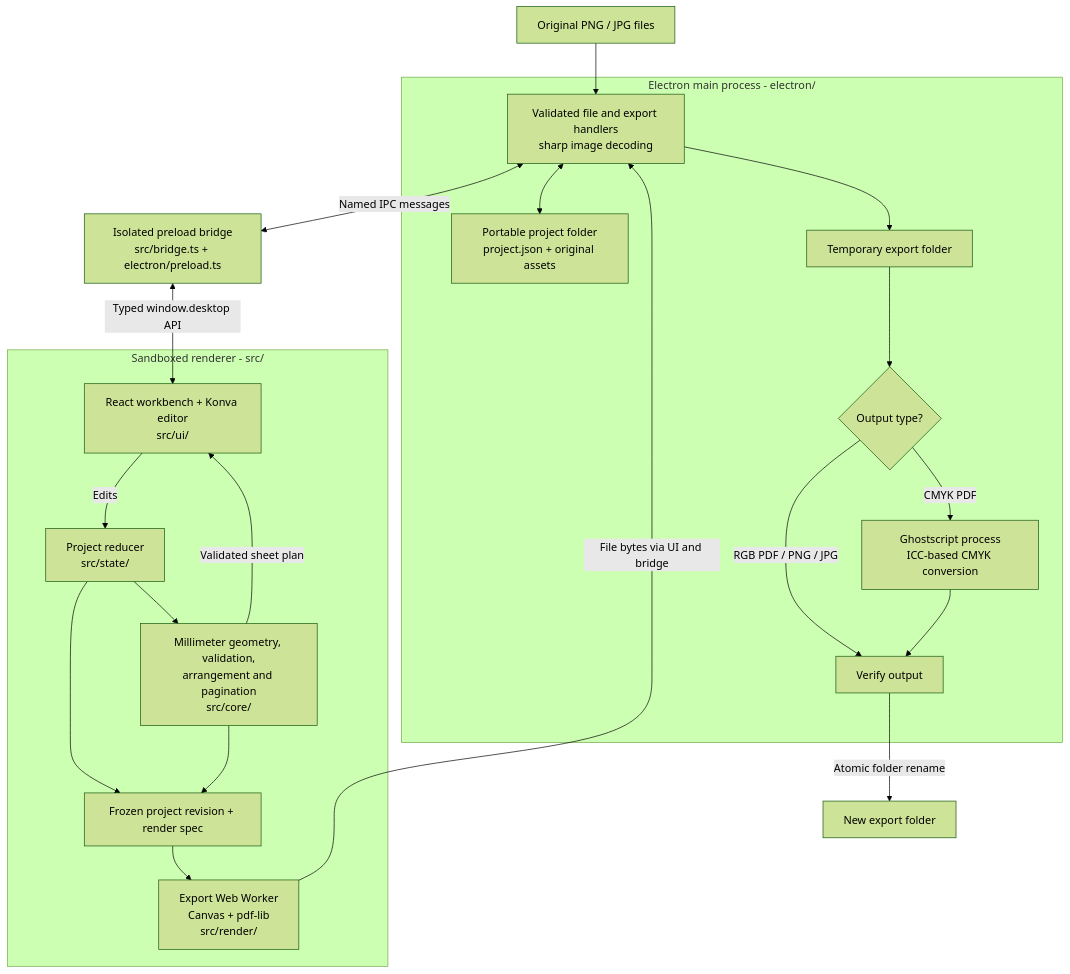
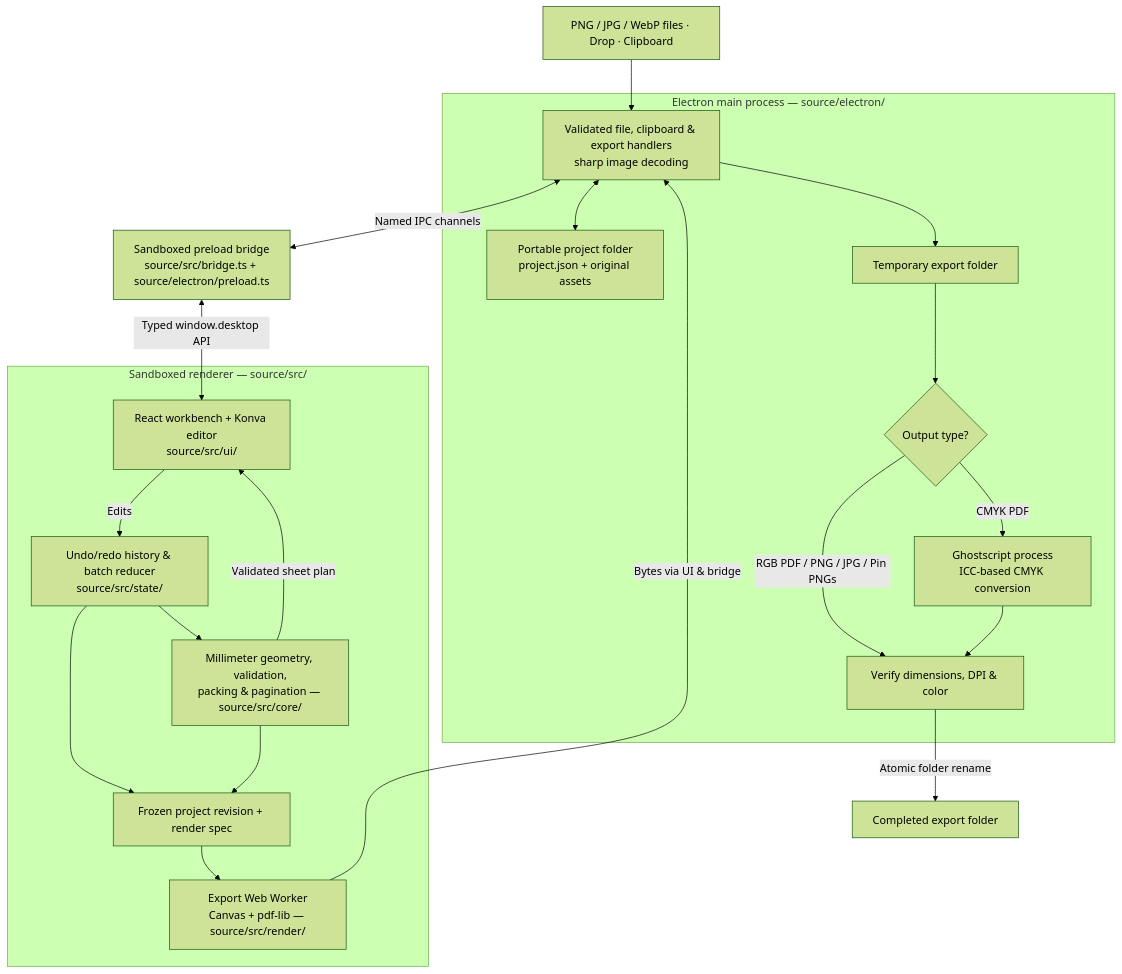
One commit to GeoCeff/pinit-button-pin-formatter changed the diagram in README.md. Above: the diagram before and after it, drawn with Mermaid (forest theme). The commit also changed other lines of this file and 282 other files, not shown here.

Commit message:
feat(v1.0.0): automate pin batch prep, reorganize repo, and auto-build portable dfCuts.exe

````diff
--- a/README.md
+++ b/README.md
@@ -131,40 +152,40 @@
 ```mermaid
 flowchart TD
-    Artwork["Original PNG / JPG files"] --> Main
+    Artwork["PNG / JPG / WebP files · Drop · Clipboard"] --> Main
 
-    subgraph Desktop["Electron main process - electron/"]
-        Main["Validated file and export handlers<br/>sharp image decoding"]
+    subgraph Desktop["Electron main process — source/electron/"]
+        Main["Validated file, clipboard & export handlers<br/>sharp image decoding"]
         Storage["Portable project folder<br/>project.json + original assets"]
         Stage["Temporary export folder"]
         Color{"Output type?"}
         GS["Ghostscript process<br/>ICC-based CMYK conversion"]
-        Verify["Verify output"]
+        Verify["Verify dimensions, DPI & color"]
         Main <--> Storage
         Main --> Stage
         Stage --> Color
         Color -->|CMYK PDF| GS
-        Color -->|RGB PDF / PNG / JPG| Verify
+        Color -->|RGB PDF / PNG / JPG / Pin PNGs| Verify
         GS --> Verify
     end
 
-    Bridge["Isolated preload bridge<br/>src/bridge.ts + electron/preload.ts"]
-    Main <-->|Named IPC messages| Bridge
+    Bridge["Sandboxed preload bridge<br/>source/src/bridge.ts + source/electron/preload.ts"]
+    Main <-->|Named IPC channels| Bridge
 
-    subgraph Renderer["Sandboxed renderer - src/"]
-        UI["React workbench + Konva editor<br/>src/ui/"]
-        State["Project reducer<br/>src/state/"]
-        Core["Millimeter geometry, validation,<br/>arrangement and pagination<br/>src/core/"]
+    subgraph Renderer["Sandboxed renderer — source/src/"]
+        UI["React workbench + Konva editor<br/>source/src/ui/"]
+        State["Undo/redo history & batch reducer<br/>source/src/state/"]
+        Core["Millimeter geometry, validation,<br/>packing & pagination — source/src/core/"]
         Spec["Frozen project revision + render spec"]
-        Worker["Export Web Worker<br/>Canvas + pdf-lib<br/>src/render/"]
+        Worker["Export Web Worker<br/>Canvas + pdf-lib — source/src/render/"]
         UI -->|Edits| State
         State --> Core
         Core -->|Validated sheet plan| UI
         State --> Spec
         Core --> Spec
         Spec --> Worker
     end
 
     Bridge <-->|Typed window.desktop API| UI
-    Worker -->|File bytes via UI and bridge| Main
-    Verify -->|Atomic folder rename| Output["New export folder"]
+    Worker -->|Bytes via UI & bridge| Main
+    Verify -->|Atomic folder rename| Output["Completed export folder"]
 ```
````
